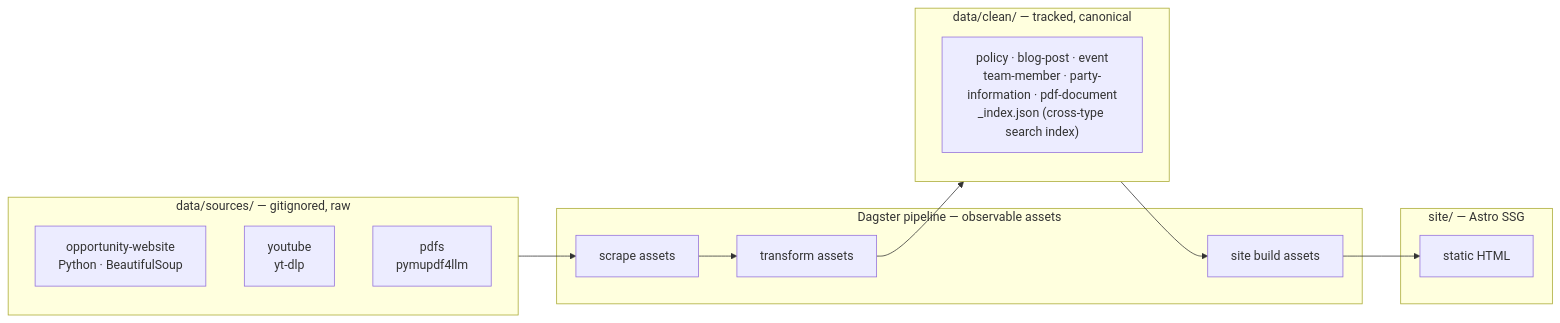
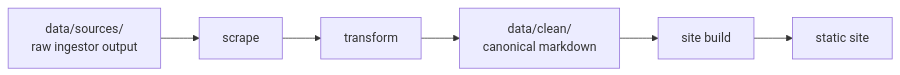
Before and after one commit to mcwalrus/oppertunity-party: the diagram in README.md, drawn with Mermaid. The commit also changed other lines of this file and 4 other files, not shown here.

````diff
--- a/README.md
+++ b/README.md
@@ -20,25 +28,8 @@
 ```mermaid
 flowchart LR
-    subgraph Sources["data/sources/ — gitignored, raw"]
-        S1[opportunity-website<br/>Python · BeautifulSoup]
-        S2[youtube<br/>yt-dlp]
-        S3[pdfs<br/>pymupdf4llm]
-    end
-
-    subgraph Dagster["Dagster pipeline — observable assets"]
-        A1[scrape assets]
-        A2[transform assets]
-        A3[site build assets]
-    end
-
-    subgraph Clean["data/clean/ — tracked, canonical"]
-        C1["policy · blog-post · event<br/>team-member · party-information · pdf-document<br/>_index.json (cross-type search index)"]
-    end
-
-    subgraph Site["site/ — Astro SSG"]
-        SSG[static HTML]
-    end
-
-    Sources --> A1 --> A2 --> Clean
-    Clean --> A3 --> SSG
+    raw[data/sources/<br/>raw ingestor output] --> scrape[scrape]
+    scrape --> transform[transform]
+    transform --> clean[data/clean/<br/>canonical markdown]
+    clean --> build[site build]
+    build --> site[static site]
 ```
````
